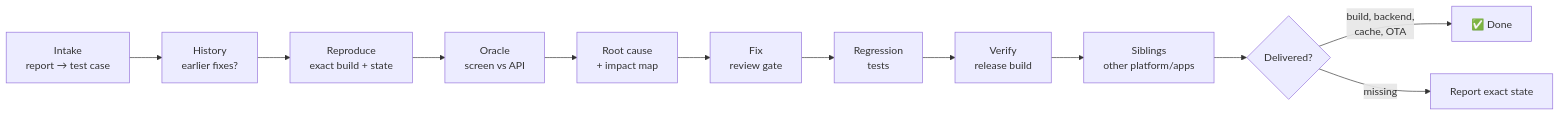
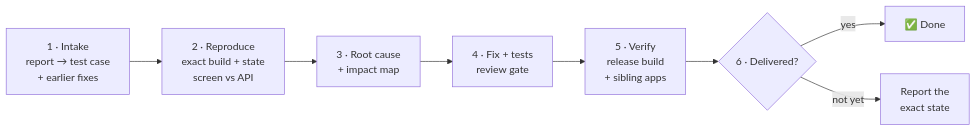
One commit to ronaldmaco/mobile-app-audit changed the diagram in README.md. Above: the diagram before and after it, drawn with Mermaid. The commit also changed other lines of this file and 1 other file, not shown here.

Commit message:
README: readable flow diagram, working roadmap link, author section
- Shorter flow diagram so it is readable on GitHub
- Roadmap heading emoji without the variation selector that broke its anchor
- Eval fixtures excluded from the language stats
- Author section: maintained by Ronald Maco, drafting and automation with Claude Code

````diff
--- a/README.md
+++ b/README.md
@@ -87,14 +87,10 @@
 ```mermaid
 flowchart LR
-    A[Intake<br/>report → test case] --> B[History<br/>earlier fixes?]
-    B --> C[Reproduce<br/>exact build + state]
-    C --> D[Oracle<br/>screen vs API]
-    D --> E[Root cause<br/>+ impact map]
-    E --> F[Fix<br/>review gate]
-    F --> G[Regression<br/>tests]
-    G --> H[Verify<br/>release build]
-    H --> I[Siblings<br/>other platform/apps]
-    I --> J{Delivered?}
-    J -- build, backend,<br/>cache, OTA --> K[✅ Done]
-    J -- missing --> L[Report exact state]
+    A["1 · Intake<br/>report → test case<br/>+ earlier fixes"] --> B["2 · Reproduce<br/>exact build + state<br/>screen vs API"]
+    B --> C["3 · Root cause<br/>+ impact map"]
+    C --> D["4 · Fix + tests<br/>review gate"]
+    D --> E["5 · Verify<br/>release build<br/>+ sibling apps"]
+    E --> F{"6 · Delivered?"}
+    F -- yes --> G["✅ Done"]
+    F -- not yet --> H["Report the<br/>exact state"]
 ```
````
